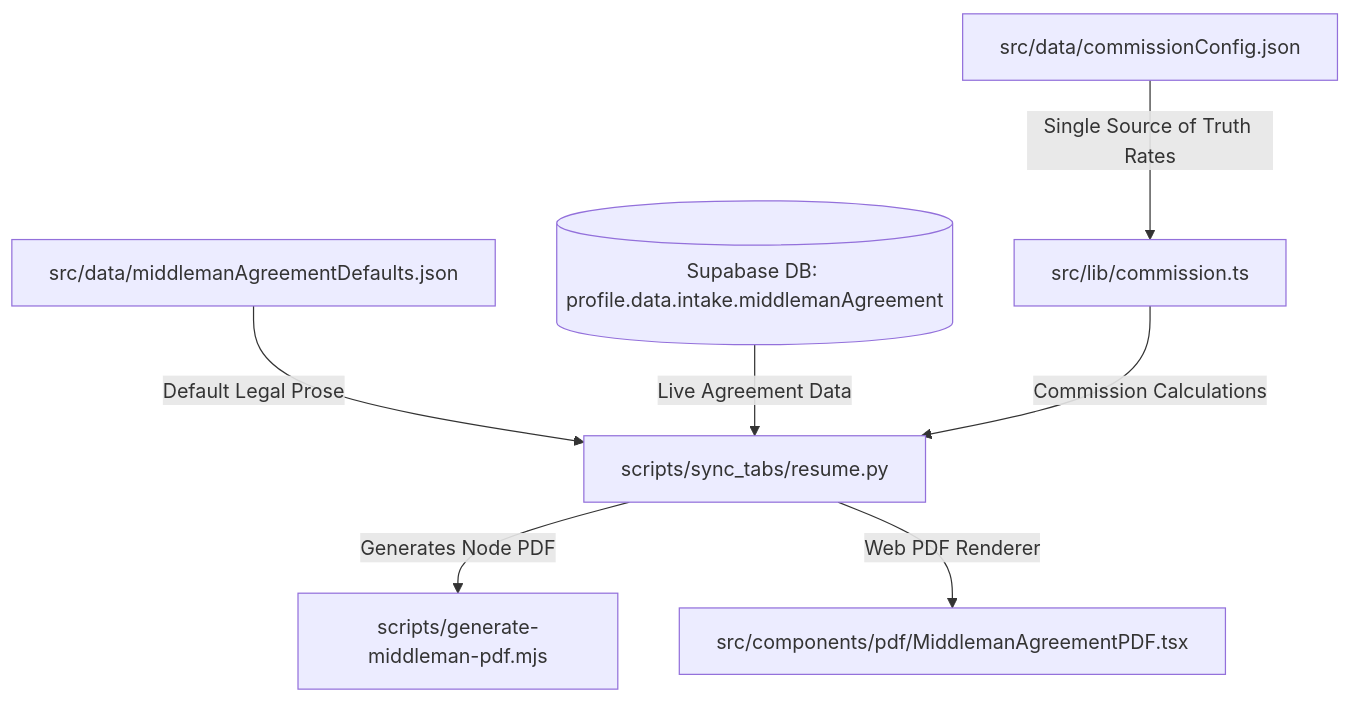
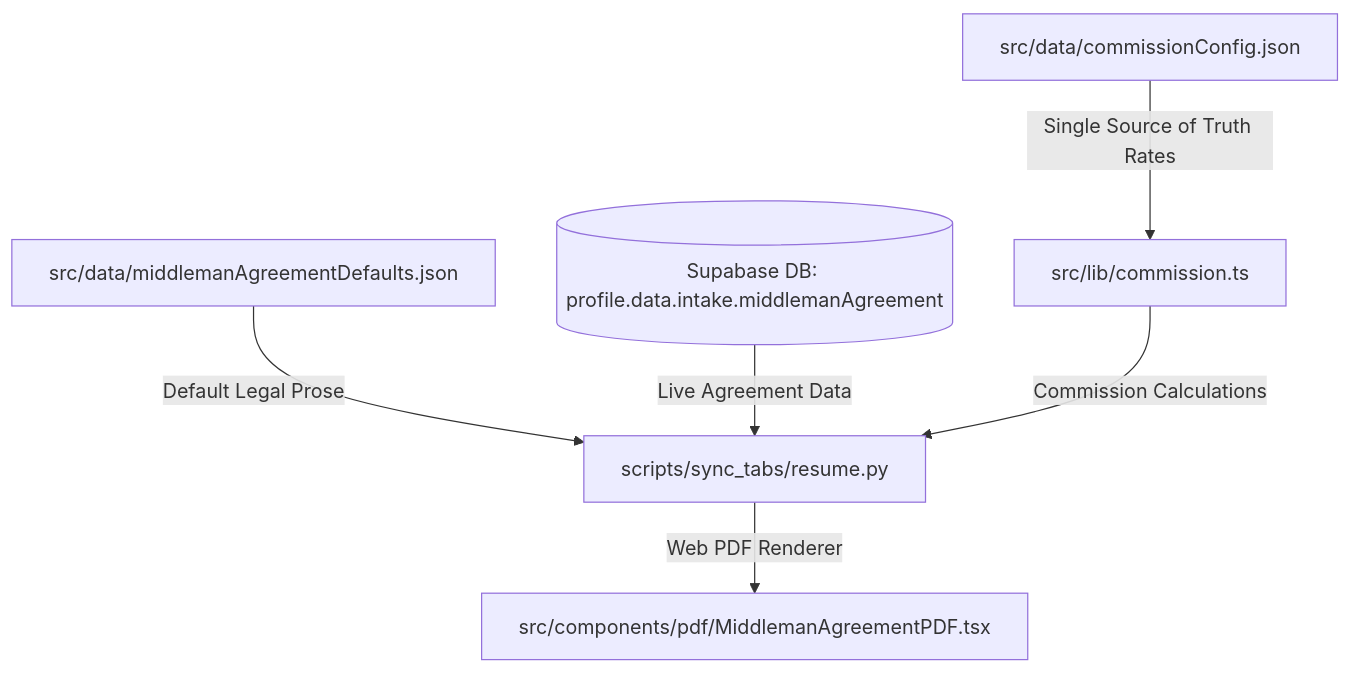
One commit to prat3010/Prateek_website changed the second of 5 diagrams in docs/ARCHITECTURE_DEPENDENCY_MAP.md. Above: the diagram before and after it, drawn with Mermaid. The commit also changed other lines of this file and 27 other files, not shown here.

Commit message:
feat(architecture): honest AI extraction, terminal decomposition & financial accuracy (M85.11-M85.17)

````diff
--- a/docs/ARCHITECTURE_DEPENDENCY_MAP.md
+++ b/docs/ARCHITECTURE_DEPENDENCY_MAP.md
@@ -59,10 +59,9 @@
 ```mermaid
 graph TD
     Config[src/data/commissionConfig.json] -->|Single Source of Truth Rates| CommLib[src/lib/commission.ts]
     Defaults[src/data/middlemanAgreementDefaults.json] -->|Default Legal Prose| AgreementManager
     ProfileDB[(Supabase DB: profile.data.intake.middlemanAgreement)] -->|Live Agreement Data| AgreementManager
     
     CommLib -->|Commission Calculations| AgreementManager[scripts/sync_tabs/resume.py]
-    AgreementManager -->|Generates Node PDF| PDFCLI[scripts/generate-middleman-pdf.mjs]
     AgreementManager -->|Web PDF Renderer| WebPDF[src/components/pdf/MiddlemanAgreementPDF.tsx]
 ```
````
